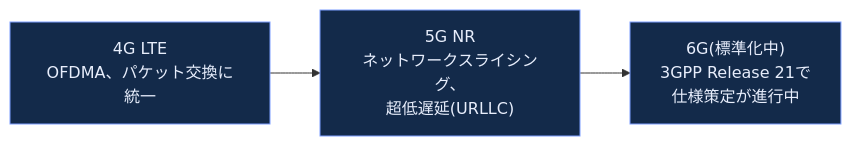
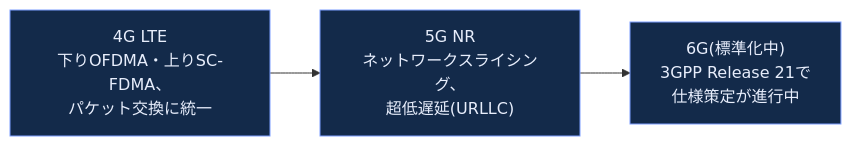
Before and after one commit to myoshi2891/Cloud-Infrastructure-Studies: diagram 33 of 41 in Computer-networking-topdown-guide.md, drawn with Mermaid. The commit also changed other lines of this file, not shown here.

````diff
--- a/Computer-networking-topdown-guide.md
+++ b/Computer-networking-topdown-guide.md
@@ -889,8 +889,8 @@
 ```mermaid
 flowchart LR
-    G4["4G LTE<br/>OFDMA、パケット交換に統一"] --> G5["5G NR<br/>ネットワークスライシング、<br/>超低遅延(URLLC)"]
+    G4["4G LTE<br/>下りOFDMA・上りSC-FDMA、<br/>パケット交換に統一"] --> G5["5G NR<br/>ネットワークスライシング、<br/>超低遅延(URLLC)"]
     G5 --> G6["6G(標準化中)<br/>3GPP Release 21で<br/>仕様策定が進行中"]
 
     classDef mobFill fill:#132a4a,stroke:#7c9eff,color:#e8eefc
     class G4,G5,G6 mobFill
 ```
````
